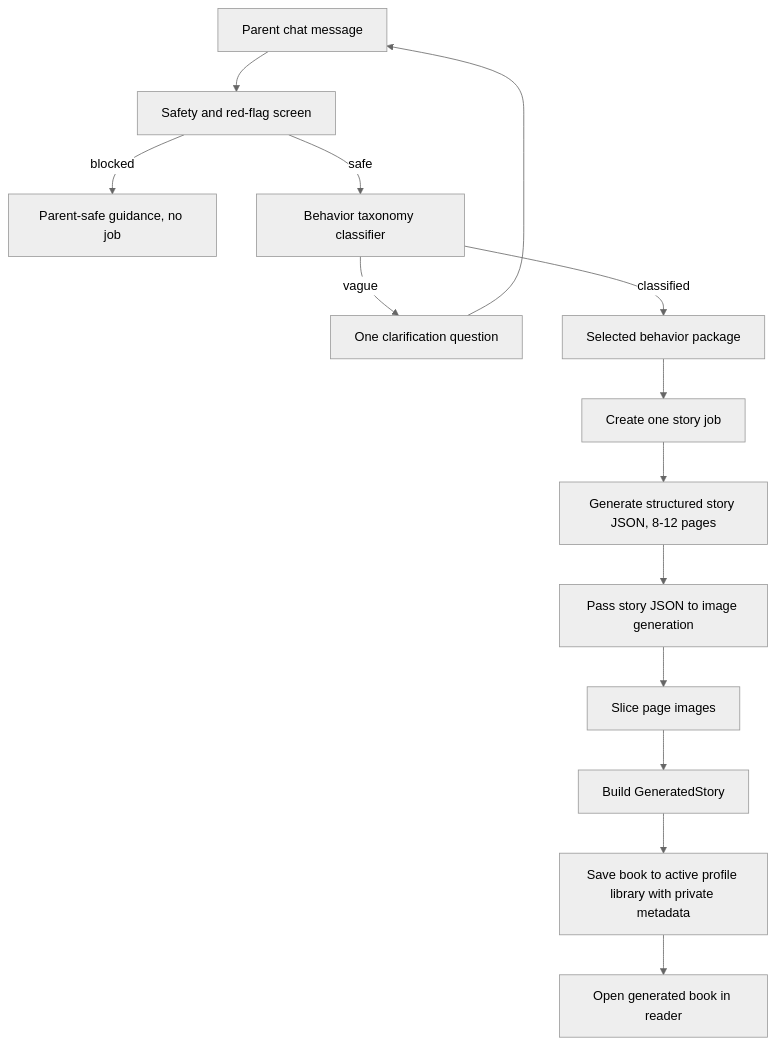
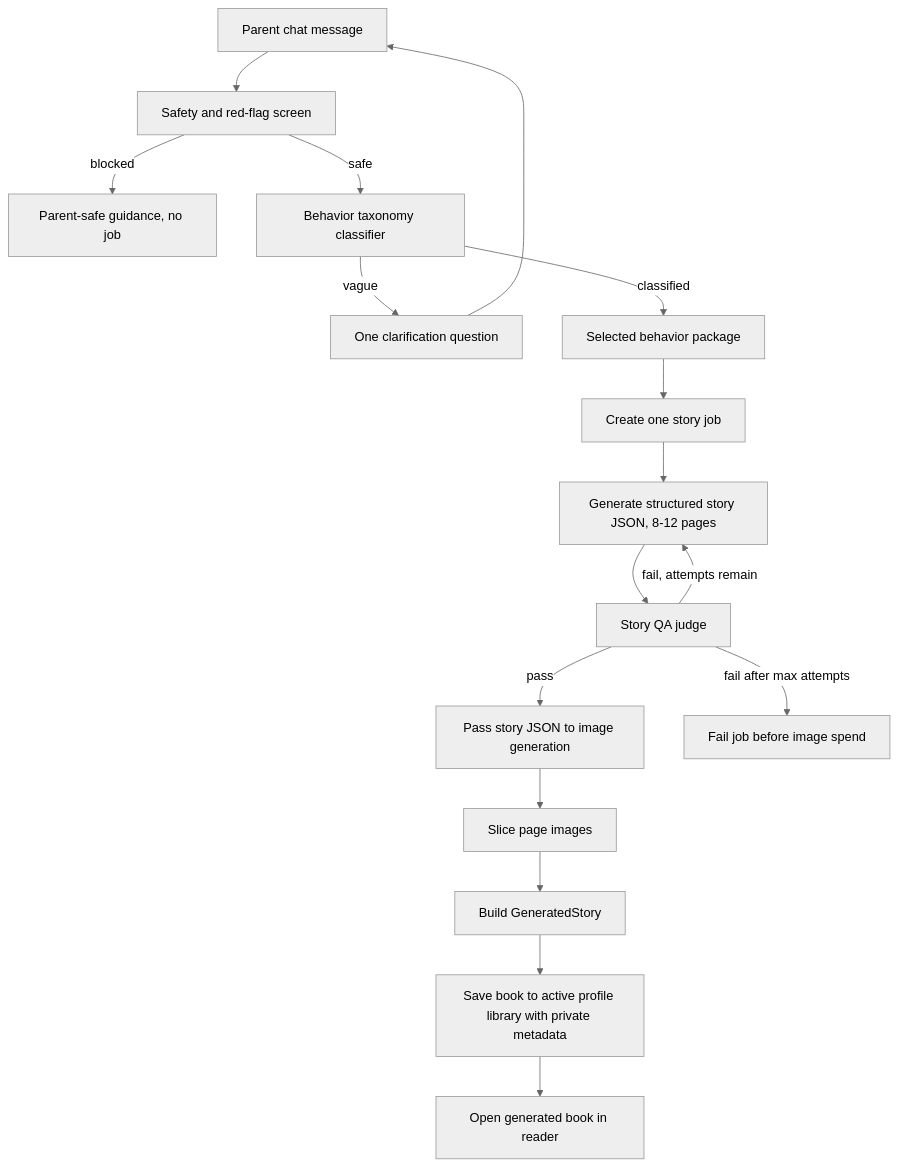
One commit to varindersingh83/app-kahani changed the diagram in docs/story-generation-spec.md. Above: the diagram before and after it, drawn with Mermaid (neutral theme). The commit also changed other lines of this file and 9 other files, not shown here.

Commit message:
Improve behavior story generation prompt

````diff
--- a/docs/story-generation-spec.md
+++ b/docs/story-generation-spec.md
@@ -179,16 +197,19 @@
 ```mermaid
 flowchart TD
   A["Parent chat message"] --> B["Safety and red-flag screen"]
   B -->|"blocked"| C["Parent-safe guidance, no job"]
   B -->|"safe"| D["Behavior taxonomy classifier"]
   D -->|"vague"| E["One clarification question"]
   E --> A
   D -->|"classified"| F["Selected behavior package"]
   F --> G["Create one story job"]
   G --> H["Generate structured story JSON, 8-12 pages"]
-  H --> I["Pass story JSON to image generation"]
-  I --> J["Slice page images"]
-  J --> K["Build GeneratedStory"]
-  K --> L["Save book to active profile library with private metadata"]
-  L --> M["Open generated book in reader"]
+  H --> I["Story QA judge"]
+  I -->|"pass"| J["Pass story JSON to image generation"]
+  I -->|"fail, attempts remain"| H
+  I -->|"fail after max attempts"| N["Fail job before image spend"]
+  J --> K["Slice page images"]
+  K --> L["Build GeneratedStory"]
+  L --> M["Save book to active profile library with private metadata"]
+  M --> O["Open generated book in reader"]
 ```
````
